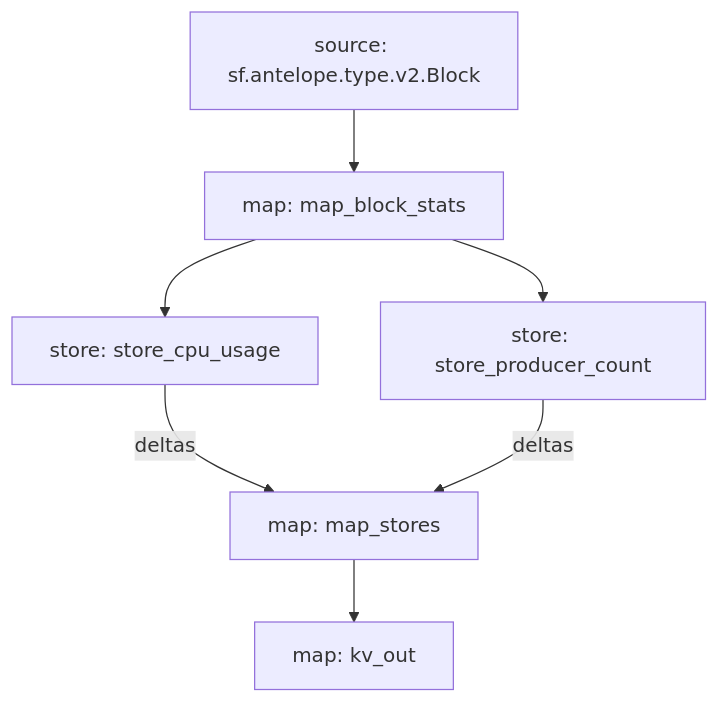
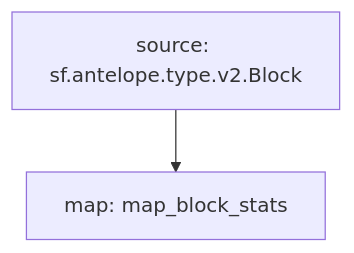
Before and after one commit to pinax-network/substreams: the diagram in eosmechanics/README.md, drawn with Mermaid. The commit also changed other lines of this file, not shown here.

````diff
--- a/eosmechanics/README.md
+++ b/eosmechanics/README.md
@@ -13,14 +13,5 @@
 ```mermaid
 graph TD;
   map_block_stats[map: map_block_stats]
   sf.antelope.type.v2.Block[source: sf.antelope.type.v2.Block] --> map_block_stats
-  store_cpu_usage[store: store_cpu_usage]
-  map_block_stats --> store_cpu_usage
-  store_producer_count[store: store_producer_count]
-  map_block_stats --> store_producer_count
-  map_stores[map: map_stores]
-  store_cpu_usage -- deltas --> map_stores
-  store_producer_count -- deltas --> map_stores
-  kv_out[map: kv_out]
-  map_stores --> kv_out
 ```
````
